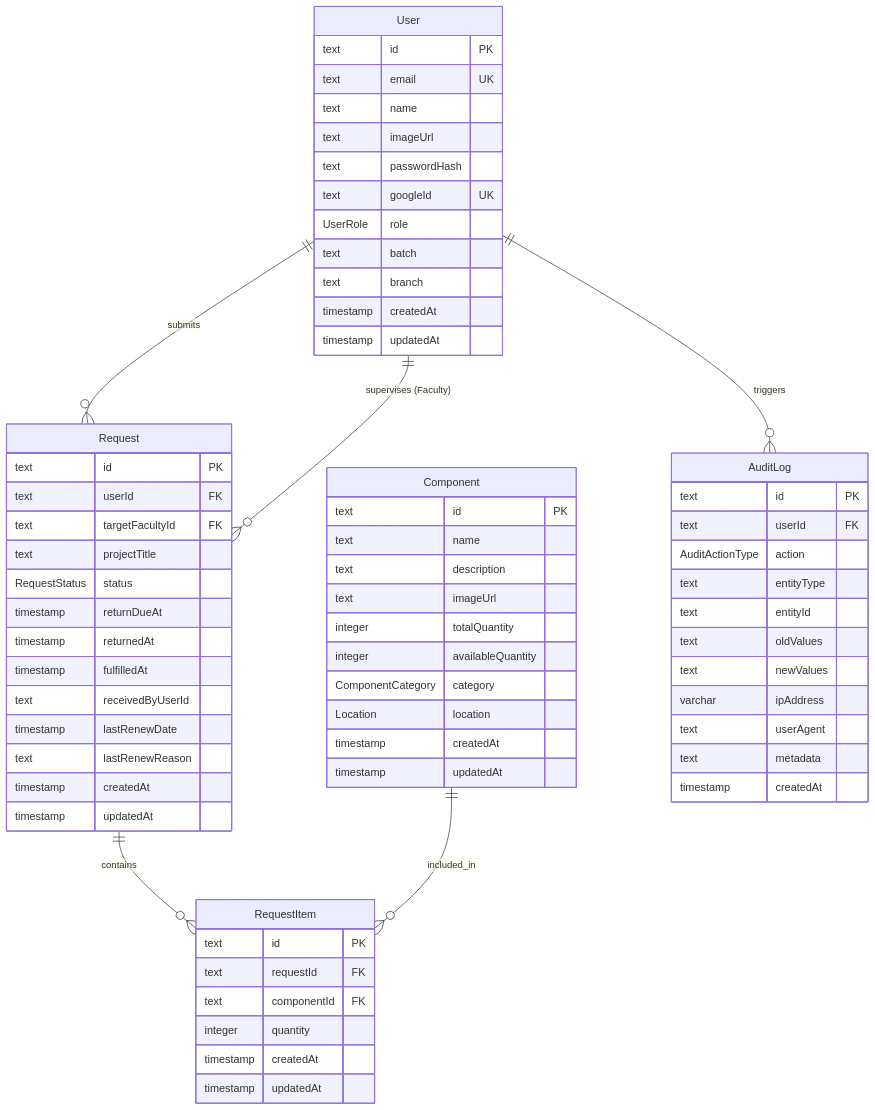
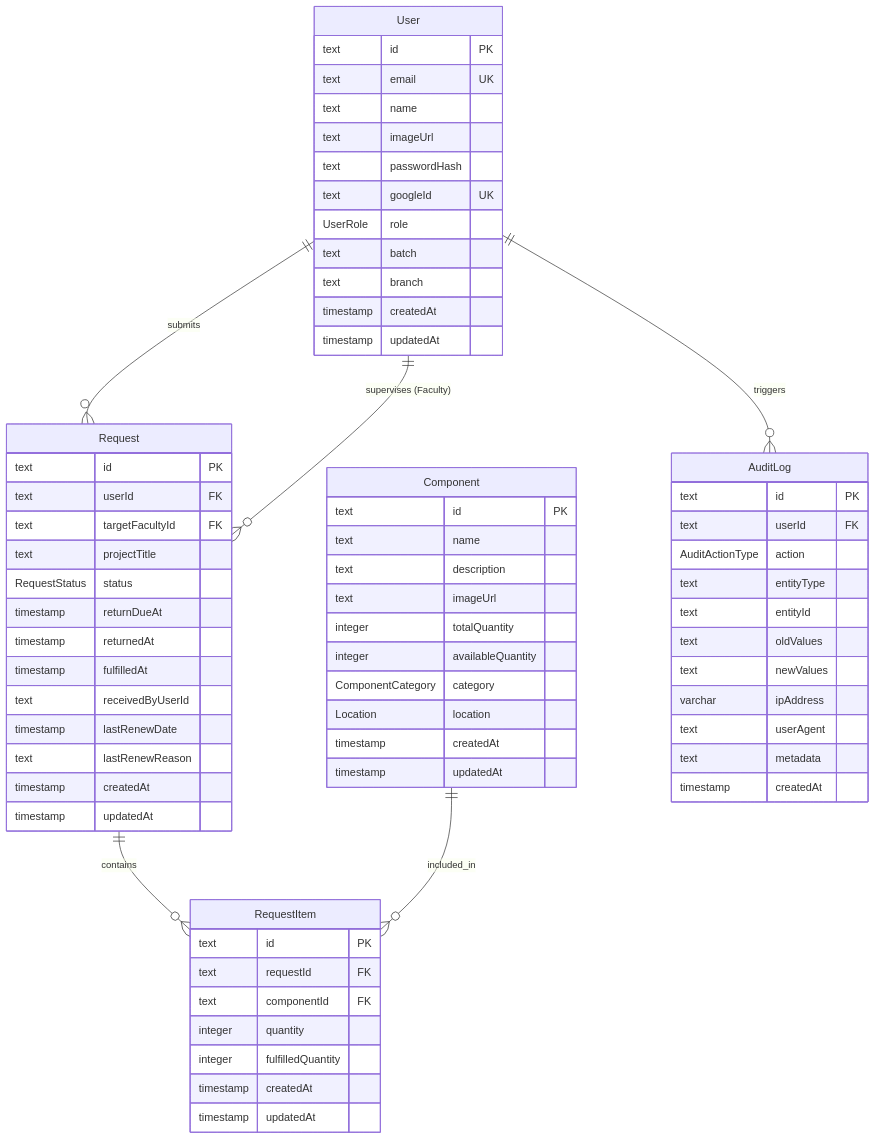
Before and after one commit to sharifmdathar/iiitnr-inventory-app: the second of 3 diagrams in README.md, drawn with Mermaid. The commit also changed other lines of this file and 20 other files, not shown here.

````diff
--- a/README.md
+++ b/README.md
@@ -132,74 +133,75 @@
 ```mermaid
 erDiagram
     User {
         text id PK
         text email UK
         text name
         text imageUrl
         text passwordHash
         text googleId UK
         UserRole role
         text batch
         text branch
         timestamp createdAt
         timestamp updatedAt
     }
 
     Component {
         text id PK
         text name
         text description
         text imageUrl
         integer totalQuantity
         integer availableQuantity
         ComponentCategory category
         Location location
         timestamp createdAt
         timestamp updatedAt
     }
 
     Request {
         text id PK
         text userId FK
         text targetFacultyId FK
         text projectTitle
         RequestStatus status
         timestamp returnDueAt
         timestamp returnedAt
         timestamp fulfilledAt
         text receivedByUserId
         timestamp lastRenewDate
         text lastRenewReason
         timestamp createdAt
         timestamp updatedAt
     }
 
     RequestItem {
         text id PK
         text requestId FK
         text componentId FK
         integer quantity
+        integer fulfilledQuantity
         timestamp createdAt
         timestamp updatedAt
     }
 
     AuditLog {
         text id PK
         text userId FK
         AuditActionType action
         text entityType
         text entityId
         text oldValues
         text newValues
         varchar ipAddress
         text userAgent
         text metadata
         timestamp createdAt
     }
 
     User ||--o{ Request : "submits"
     User ||--o{ Request : "supervises (Faculty)"
     User ||--o{ AuditLog : "triggers"
     Request ||--o{ RequestItem : "contains"
     Component ||--o{ RequestItem : "included_in"
 ```
````
